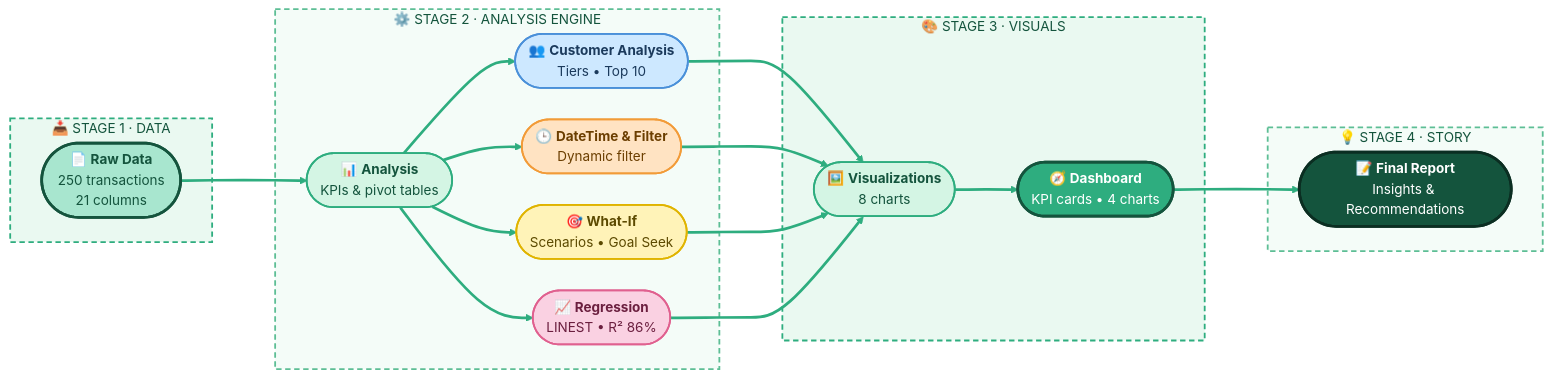
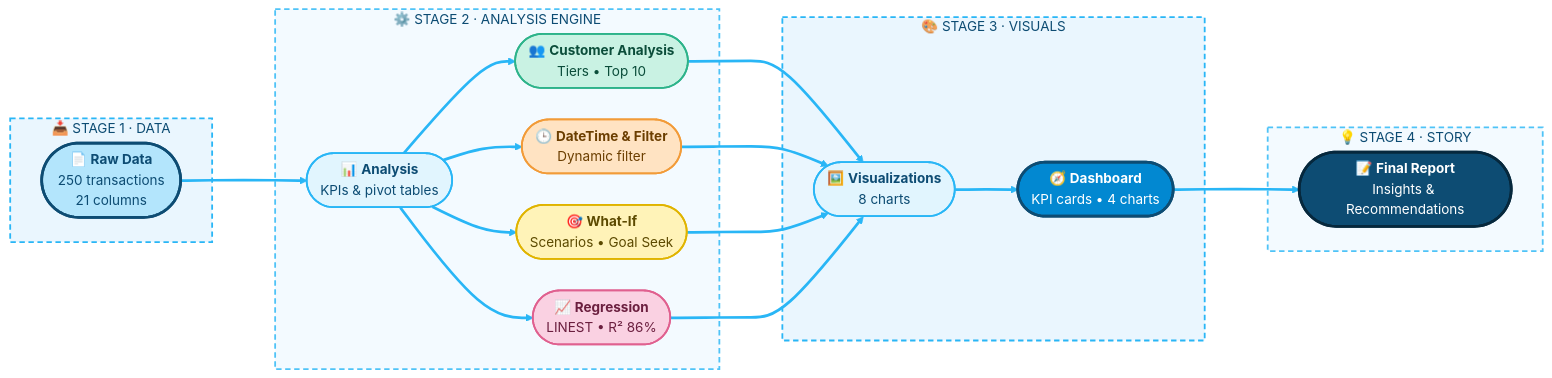
One commit to thadanibhavika6-create/Final__Project changed the diagram in README.md. Above: the diagram before and after it, drawn with Mermaid. The commit also changed other lines of this file, not shown here.

````diff
--- a/README.md
+++ b/README.md
@@ -78,62 +78,62 @@
 ```mermaid
-%%{init: {'theme':'base','themeVariables':{'fontFamily':'Trebuchet MS','fontSize':'15px','primaryTextColor':'#14543D','lineColor':'#2EAD7F','clusterBkg':'#F4FCF8','clusterBorder':'#5DBE95'},'flowchart':{'curve':'basis','nodeSpacing':35,'rankSpacing':70,'htmlLabels':true}}}%%
+%%{init: {'theme':'base','themeVariables':{'fontFamily':'Trebuchet MS','fontSize':'15px','primaryTextColor':'#0D4C73','lineColor':'#29B6F6','clusterBkg':'#F3FAFF','clusterBorder':'#4FC3F7'},'flowchart':{'curve':'basis','nodeSpacing':35,'rankSpacing':70,'htmlLabels':true}}}%%
 flowchart LR
     subgraph S1["📥 STAGE 1 · DATA"]
         A(["📄 <b>Raw Data</b><br/>250 transactions<br/>21 columns"])
     end
 
     subgraph S2["⚙️ STAGE 2 · ANALYSIS ENGINE"]
         B(["📊 <b>Analysis</b><br/>KPIs & pivot tables"])
         C(["👥 <b>Customer Analysis</b><br/>Tiers • Top 10"])
         D(["🕒 <b>DateTime & Filter</b><br/>Dynamic filter"])
         E(["🎯 <b>What-If</b><br/>Scenarios • Goal Seek"])
         F(["📈 <b>Regression</b><br/>LINEST • R² 86%"])
     end
 
     subgraph S3["🎨 STAGE 3 · VISUALS"]
         G(["🖼️ <b>Visualizations</b><br/>8 charts"])
         H(["🧭 <b>Dashboard</b><br/>KPI cards • 4 charts"])
     end
 
     subgraph S4["💡 STAGE 4 · STORY"]
         I(["📝 <b>Final Report</b><br/>Insights & Recommendations"])
     end
 
     A ==> B
     B ==> C
     B ==> D
     B ==> E
     B ==> F
     C ==> G
     D ==> G
     E ==> G
     F ==> G
     G ==> H
     H ==> I
 
-    classDef raw fill:#A8E6CF,stroke:#14543D,stroke-width:3px,color:#14543D;
-    classDef core fill:#D4F5E4,stroke:#2EAD7F,stroke-width:2px,color:#14543D;
-    classDef cust fill:#CDE8FF,stroke:#4A90D9,stroke-width:2px,color:#1B3A5C;
+    classDef raw fill:#B3E5FC,stroke:#0D4C73,stroke-width:3px,color:#0D4C73;
+    classDef core fill:#E1F5FE,stroke:#29B6F6,stroke-width:2px,color:#0D4C73;
+    classDef cust fill:#C9F2E3,stroke:#2DB38A,stroke-width:2px,color:#0B4D3A;
     classDef time fill:#FFE3C2,stroke:#F29B38,stroke-width:2px,color:#6B3E00;
     classDef whatif fill:#FFF3B8,stroke:#E0B400,stroke-width:2px,color:#5C4A00;
     classDef reg fill:#FAD1E2,stroke:#E0608F,stroke-width:2px,color:#6B1F3F;
-    classDef dash fill:#2EAD7F,stroke:#14543D,stroke-width:3px,color:#ffffff;
-    classDef rep fill:#14543D,stroke:#0B2E22,stroke-width:3px,color:#ffffff;
+    classDef dash fill:#0288D1,stroke:#0D4C73,stroke-width:3px,color:#ffffff;
+    classDef rep fill:#0D4C73,stroke:#06283D,stroke-width:3px,color:#ffffff;
 
     class A raw;
     class B core;
     class C cust;
     class D time;
     class E whatif;
     class F reg;
     class G core;
     class H dash;
     class I rep;
 
-    style S1 fill:#EAF9F1,stroke:#2EAD7F,stroke-width:2px,stroke-dasharray:6 4,color:#14543D
-    style S2 fill:#F4FCF8,stroke:#5DBE95,stroke-width:2px,stroke-dasharray:6 4,color:#14543D
-    style S3 fill:#EAF9F1,stroke:#2EAD7F,stroke-width:2px,stroke-dasharray:6 4,color:#14543D
-    style S4 fill:#F4FCF8,stroke:#5DBE95,stroke-width:2px,stroke-dasharray:6 4,color:#14543D
+    style S1 fill:#EAF6FE,stroke:#29B6F6,stroke-width:2px,stroke-dasharray:6 4,color:#0D4C73
+    style S2 fill:#F3FAFF,stroke:#4FC3F7,stroke-width:2px,stroke-dasharray:6 4,color:#0D4C73
+    style S3 fill:#EAF6FE,stroke:#29B6F6,stroke-width:2px,stroke-dasharray:6 4,color:#0D4C73
+    style S4 fill:#F3FAFF,stroke:#4FC3F7,stroke-width:2px,stroke-dasharray:6 4,color:#0D4C73
 
-    linkStyle default stroke:#2EAD7F,stroke-width:3px
+    linkStyle default stroke:#29B6F6,stroke-width:3px
 ```
````
